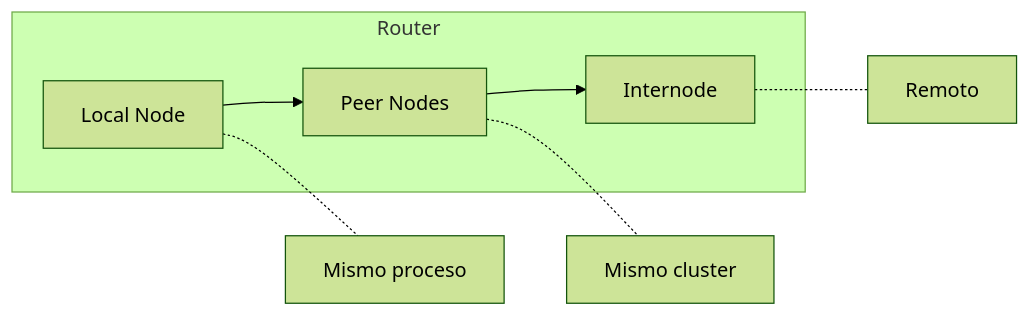
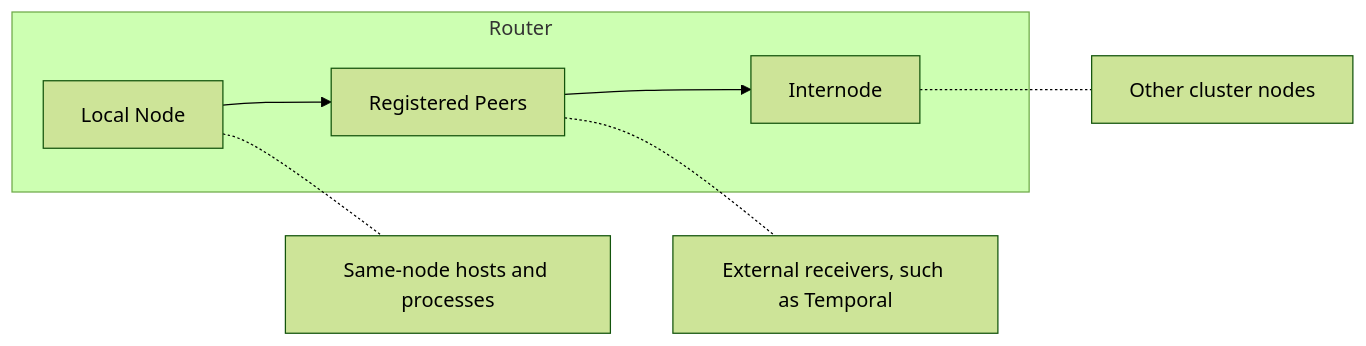
One commit to wippyai/docs changed the third of 3 diagrams in es/internals/architecture.md. Above: the diagram before and after it, drawn with Mermaid (forest theme). The commit also changed other lines of this file and 60 other files, not shown here.

````diff
--- a/es/internals/architecture.md
+++ b/es/internals/architecture.md
@@ -170,11 +169,11 @@
 ```mermaid
 flowchart LR
     subgraph Router
-        Local[Local Node] --> Peer[Peer Nodes]
+        Local[Local Node] --> Peer[Registered Peers]
         Peer --> Inter[Internode]
     end
 
-    Local -.- L[Mismo proceso]
-    Peer -.- P[Mismo cluster]
-    Inter -.- I[Remoto]
+    Local -.- L[Same-node hosts and processes]
+    Peer -.- P[External receivers, such as Temporal]
+    Inter -.- I[Other cluster nodes]
 ```
````
